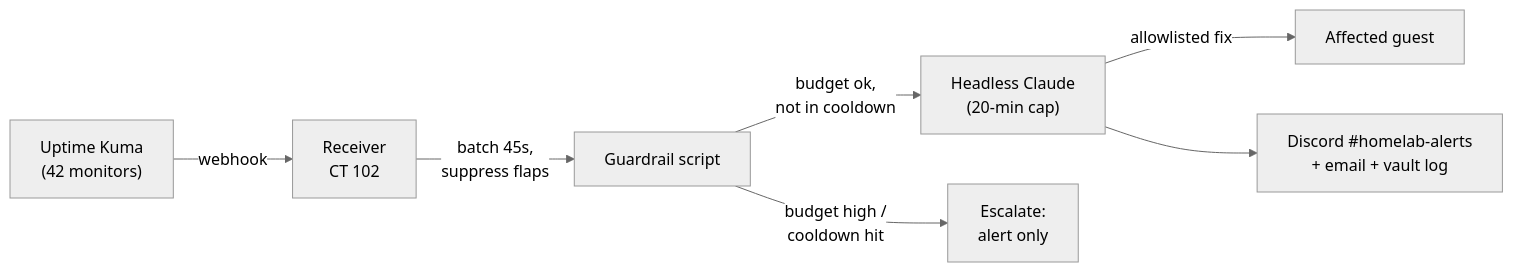
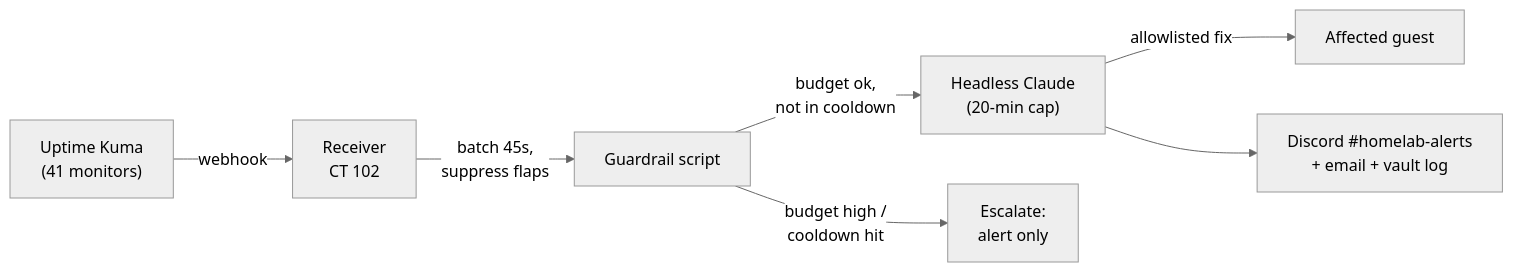
The diagram in docs/services/automation/self-healing.md (taylordbowers/homelab), drawn with Mermaid (neutral theme) before and after one commit. The commit also changed 6 other files, not shown here.

Commit message:
Wiki.js decommissioned; Kuma now 41 monitors

````diff
--- a/docs/services/automation/self-healing.md
+++ b/docs/services/automation/self-healing.md
@@ -7,9 +7,9 @@
 ```mermaid
 graph LR
-    Kuma["Uptime Kuma\n(42 monitors)"] -->|webhook| Recv["Receiver\nCT 102"]
+    Kuma["Uptime Kuma\n(41 monitors)"] -->|webhook| Recv["Receiver\nCT 102"]
     Recv -->|batch 45s,\nsuppress flaps| Guard["Guardrail script"]
     Guard -->|budget ok,\nnot in cooldown| Claude["Headless Claude\n(20-min cap)"]
     Claude -->|allowlisted fix| Target["Affected guest"]
     Claude --> Report["Discord #homelab-alerts\n+ email + vault log"]
     Guard -->|budget high /\ncooldown hit| Esc["Escalate:\nalert only"]
 ```
````
